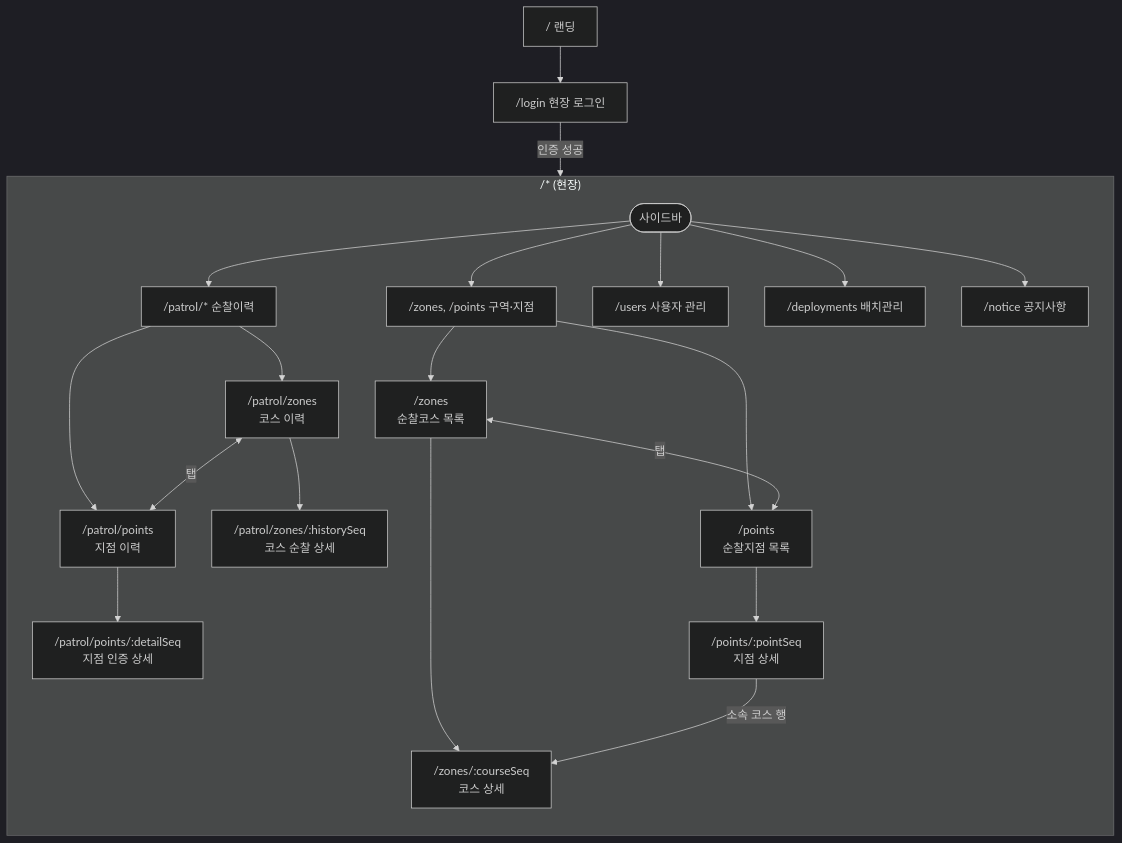
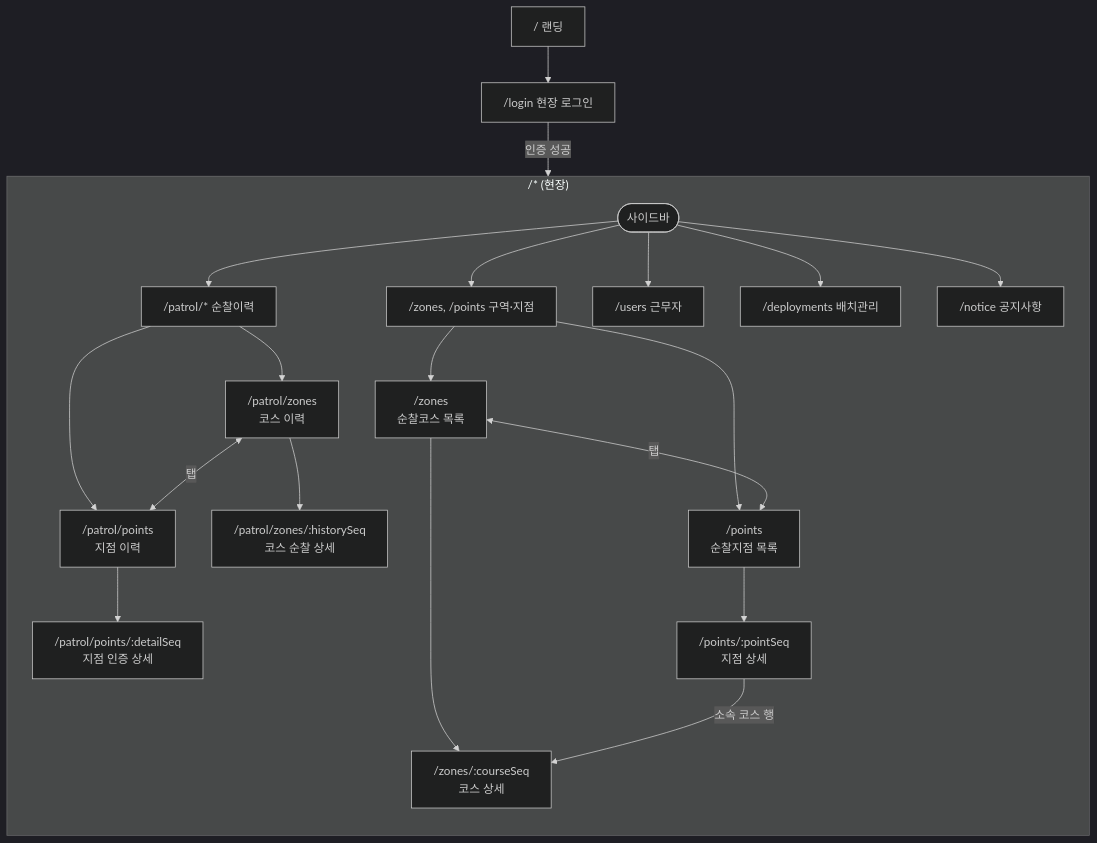
The second of 15 diagrams in docs/flow.md (S-Tec-System-R-D/s-patrol_fe), drawn with Mermaid before and after one commit. The commit also changed other lines of this file and 22 other files, not shown here.

````diff
--- a/docs/flow.md
+++ b/docs/flow.md
@@ -83,32 +83,32 @@
 ```mermaid
 %%{init: {'theme':'dark'}}%%
 flowchart TB
     Landing["/ 랜딩"]
     Login["/login 현장 로그인"]
     Landing --> Login
 
     subgraph Service["/* (현장)"]
         direction TB
         SBar([사이드바])
         SBar --> Patrol["/patrol/* 순찰이력"]
         SBar --> ZP["/zones, /points 구역·지점"]
-        SBar --> Users["/users 사용자 관리"]
+        SBar --> Users["/users 근무자"]
         SBar --> Deploy["/deployments 배치관리"]
         SBar --> Notice["/notice 공지사항"]
 
         Patrol --> PZ["/patrol/zones<br/>코스 이력"]
         Patrol --> PP["/patrol/points<br/>지점 이력"]
         PZ <-->|탭| PP
         PZ --> PZD["/patrol/zones/:historySeq<br/>코스 순찰 상세"]
         PP --> PPD["/patrol/points/:detailSeq<br/>지점 인증 상세"]
 
         ZP --> Z["/zones<br/>순찰코스 목록"]
         ZP --> P["/points<br/>순찰지점 목록"]
         Z --> ZD["/zones/:courseSeq<br/>코스 상세"]
         P --> PD["/points/:pointSeq<br/>지점 상세"]
         PD -- "소속 코스 행" --> ZD
         Z <-->|탭| P
     end
 
     Login -- 인증 성공 --> SBar
 ```
````
